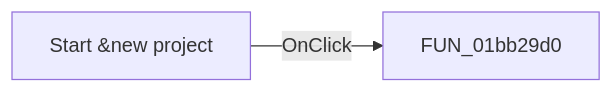
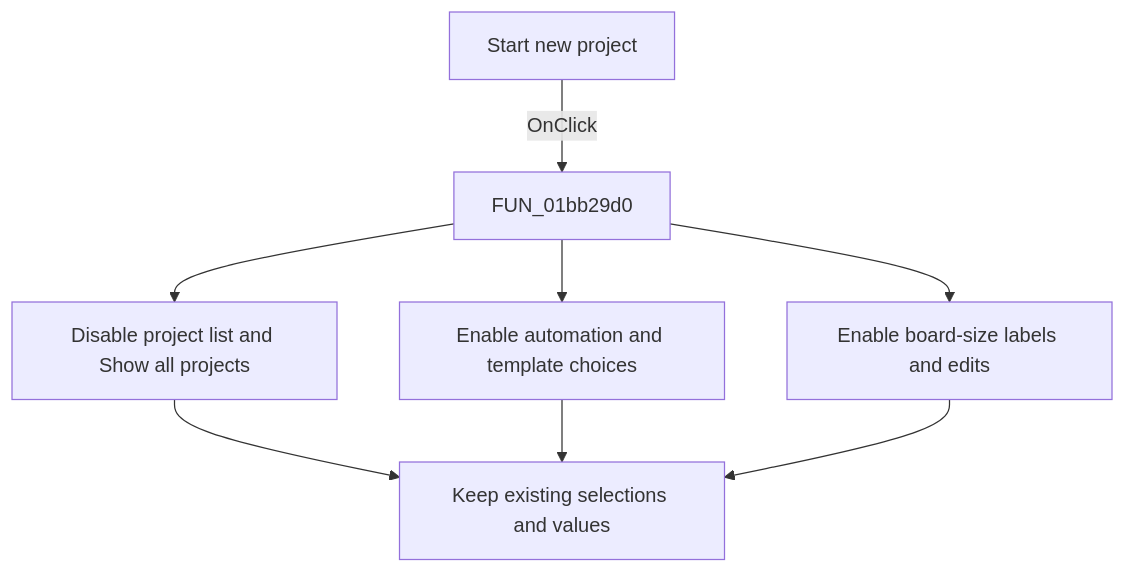
One commit to MovGP0/TIARA changed the diagram in docs/ui-controls/pcbwizard/rbnewproject-d33111358b.md. Above: the diagram before and after it, drawn with Mermaid. The commit also changed other lines of this file and 1062 other files, not shown here.

````diff
--- a/docs/ui-controls/pcbwizard/rbnewproject-d33111358b.md
+++ b/docs/ui-controls/pcbwizard/rbnewproject-d33111358b.md
@@ -27,4 +36,10 @@
 ```mermaid
-flowchart LR
-    control["Start &new project"] -->|OnClick| handler["FUN_01bb29d0"]
+flowchart TD
+    control["Start new project"] -->|OnClick| handler["FUN_01bb29d0"]
+    handler --> project["Disable project list and Show all projects"]
+    handler --> options["Enable automation and template choices"]
+    handler --> dimensions["Enable board-size labels and edits"]
+    project --> unchanged["Keep existing selections and values"]
+    options --> unchanged
+    dimensions --> unchanged
 ```
````
